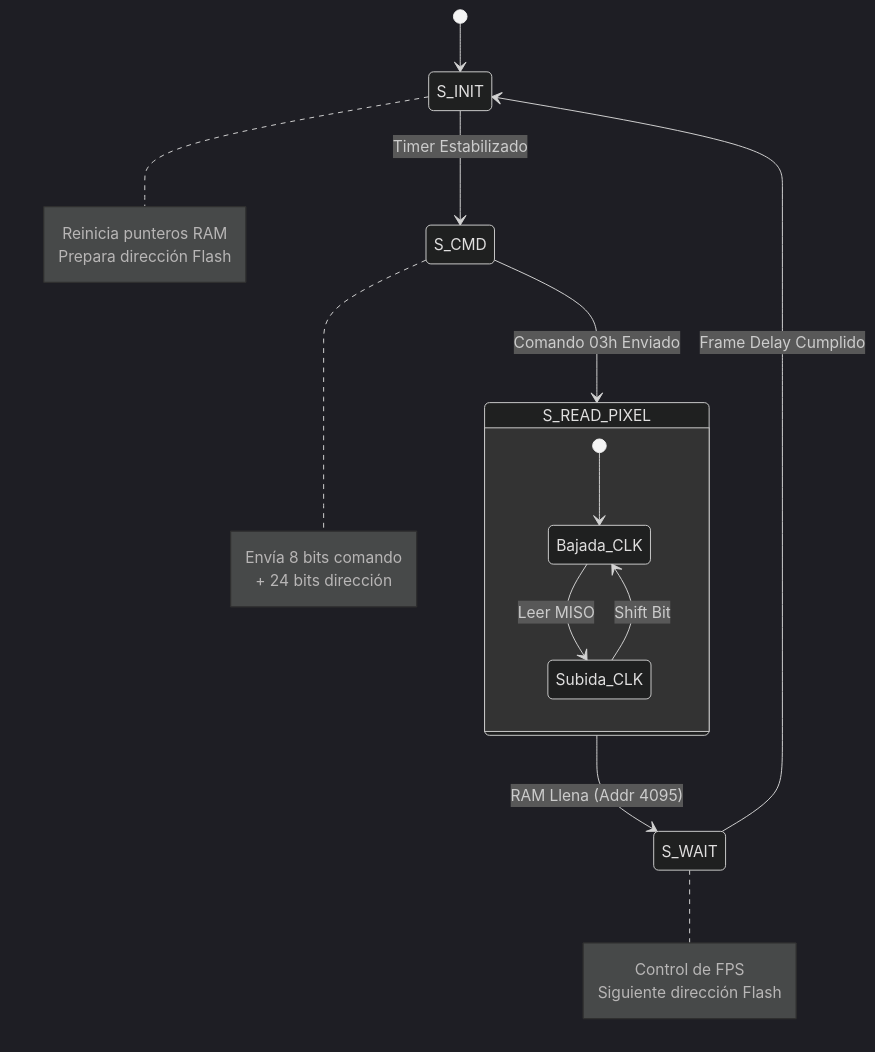
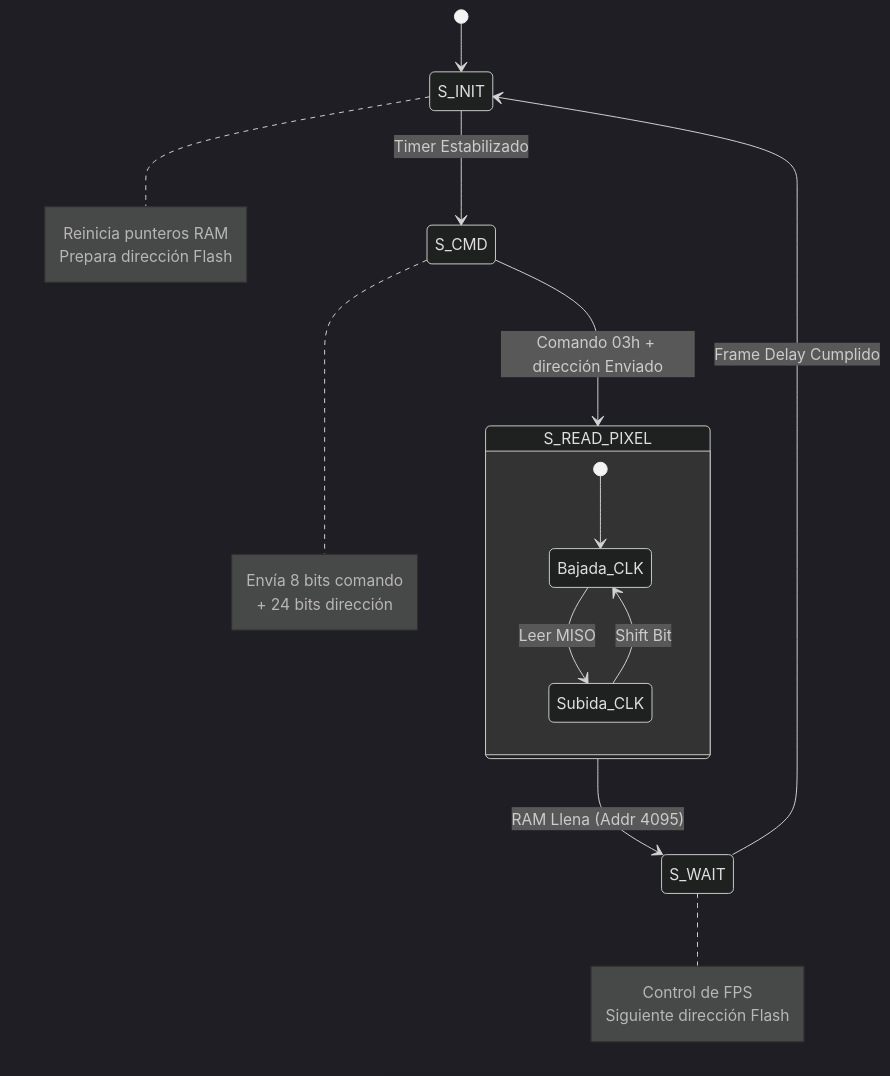
The third of 8 diagrams in README.md (davidvillarreal2901/Matrix), drawn with Mermaid (dark theme) before and after one commit. The commit also changed other lines of this file and 4 other files, not shown here.

Commit message:
mejoré el README, agregué otros dos diagramas que faltaban y los nombres de los integrantes, así como la rúbrica de coevaluación.

````diff
--- a/README.md
+++ b/README.md
@@ -114,30 +120,30 @@
 ```mermaid
 stateDiagram-v2
     [*] --> S_INIT
     
     S_INIT --> S_CMD : Timer Estabilizado
     note right of S_INIT
       Reinicia punteros RAM
       Prepara dirección Flash
     end note
     
-    S_CMD --> S_READ_PIXEL : Comando 03h Enviado
+    S_CMD --> S_READ_PIXEL : Comando 03h + dirección Enviado
     note right of S_CMD
       Envía 8 bits comando
       + 24 bits dirección
     end note
     
     state S_READ_PIXEL {
         [*] --> Bajada_CLK
         Bajada_CLK --> Subida_CLK : Leer MISO
         Subida_CLK --> Bajada_CLK : Shift Bit
     }
     
     S_READ_PIXEL --> S_WAIT : RAM Llena (Addr 4095)
     
     S_WAIT --> S_INIT : Frame Delay Cumplido
     note right of S_WAIT
       Control de FPS
       Siguiente dirección Flash
     end note
 ```
````
